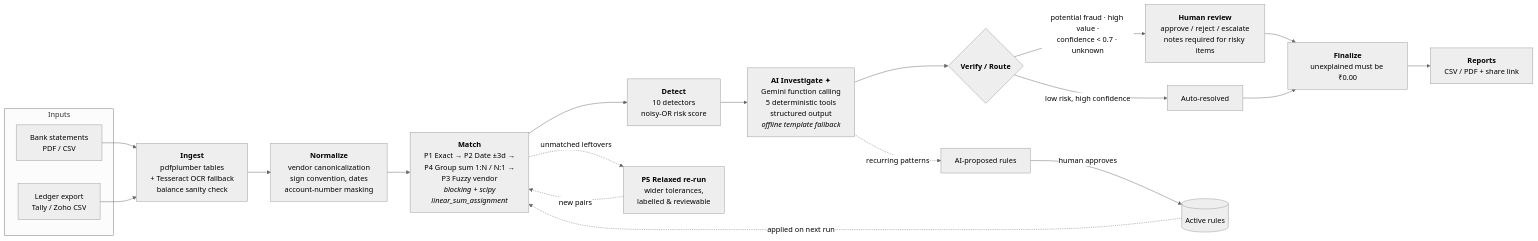
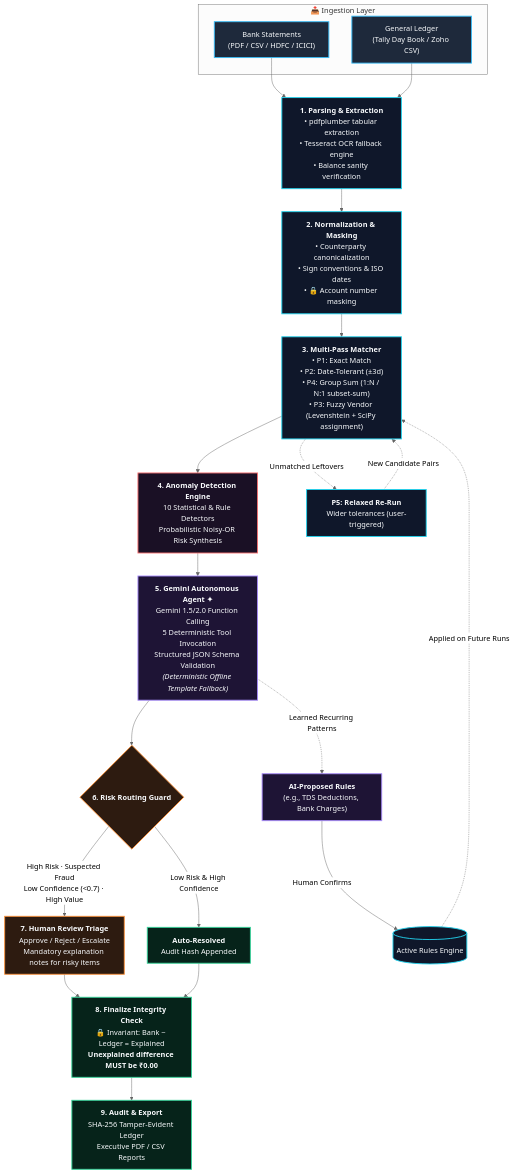
One commit to blank-0007/CodeFiesta-GIT-hackathon changed the diagram in README.md. Above: the diagram before and after it, drawn with Mermaid (neutral theme). The commit also changed other lines of this file and 1 other file, not shown here.

````diff
--- a/README.md
+++ b/README.md
@@ -22,25 +62,40 @@
 ```mermaid
-flowchart LR
-    subgraph IN[Inputs]
-      B[Bank statements<br/>PDF / CSV]
-      L[Ledger export<br/>Tally / Zoho CSV]
+flowchart TD
+    classDef inputStyle fill:#1e293b,stroke:#38bdf8,stroke-width:2px,color:#f8fafc;
+    classDef engineStyle fill:#0f172a,stroke:#22d3ee,stroke-width:2px,color:#f8fafc;
+    classDef detectStyle fill:#1a1025,stroke:#f87171,stroke-width:2px,color:#f8fafc;
+    classDef agentStyle fill:#1e1435,stroke:#a78bfa,stroke-width:2px,color:#f8fafc;
+    classDef humanStyle fill:#2d1b10,stroke:#fb923c,stroke-width:2px,color:#f8fafc;
+    classDef lockedStyle fill:#06231a,stroke:#34d399,stroke-width:2px,color:#f8fafc;
+
+    subgraph Inputs["📥 Ingestion Layer"]
+      B["Bank Statements<br/>(PDF / CSV / HDFC / ICICI)"]:::inputStyle
+      L["General Ledger<br/>(Tally Day Book / Zoho CSV)"]:::inputStyle
     end
 
-    B & L --> ING["<b>Ingest</b><br/>pdfplumber tables<br/>+ Tesseract OCR fallback<br/>balance sanity check"]
-    ING --> NORM["<b>Normalize</b><br/>vendor canonicalization<br/>sign convention, dates<br/>account-number masking"]
-    NORM --> MATCH["<b>Match</b><br/>P1 Exact → P2 Date ±3d →<br/>P4 Group sum 1:N / N:1 →<br/>P3 Fuzzy vendor<br/><i>blocking + scipy<br/>linear_sum_assignment</i>"]
-    MATCH --> DET["<b>Detect</b><br/>10 detectors<br/>noisy-OR risk score"]
-    DET --> AI["<b>AI Investigate</b> ✦<br/>Gemini function calling<br/>5 deterministic tools<br/>structured output<br/><i>offline template fallback</i>"]
-    AI --> VER{"<b>Verify / Route</b>"}
-    VER -- "potential fraud · high value ·<br/>confidence &lt; 0.7 · unknown" --> HR["<b>Human review</b><br/>approve / reject / escalate<br/>notes required for risky items"]
-    VER -- "low risk, high confidence" --> AUTO[Auto-resolved]
-    HR & AUTO --> FIN["<b>Finalize</b><br/>unexplained must be ₹0.00"]
-    FIN --> REP["<b>Reports</b><br/>CSV / PDF + share link"]
+    B & L --> ING["<b>1. Parsing & Extraction</b><br/>• pdfplumber tabular extraction<br/>• Tesseract OCR fallback engine<br/>• Balance sanity verification"]:::engineStyle
 
-    MATCH -. "unmatched leftovers" .-> RR["<b>P5 Relaxed re-run</b><br/>wider tolerances,<br/>labelled & reviewable"]
-    RR -. "new pairs" .-> MATCH
+    ING --> NORM["<b>2. Normalization & Masking</b><br/>• Counterparty canonicalization<br/>• Sign conventions & ISO dates<br/>• 🔒 Account number masking"]:::engineStyle
 
-    AI -. "recurring patterns" .-> PR["AI-proposed rules"]
-    PR -- "human approves" --> RULES[(Active rules)]
-    RULES -. "applied on next run" .-> MATCH
+    NORM --> MATCH["<b>3. Multi-Pass Matcher</b><br/>• P1: Exact Match<br/>• P2: Date-Tolerant (±3d)<br/>• P4: Group Sum (1:N / N:1 subset-sum)<br/>• P3: Fuzzy Vendor (Levenshtein + SciPy assignment)"]:::engineStyle
+
+    MATCH --> DET["<b>4. Anomaly Detection Engine</b><br/>10 Statistical & Rule Detectors<br/>Probabilistic Noisy-OR Risk Synthesis"]:::detectStyle
+
+    DET --> AI["<b>5. Gemini Autonomous Agent ✦</b><br/>Gemini 1.5/2.0 Function Calling<br/>5 Deterministic Tool Invocation<br/>Structured JSON Schema Validation<br/><i>(Deterministic Offline Template Fallback)</i>"]:::agentStyle
+
+    AI --> VER{"<b>6. Risk Routing Guard</b>"}:::humanStyle
+
+    VER -- "High Risk · Suspected Fraud<br/>Low Confidence (<0.7) · High Value" --> HR["<b>7. Human Review Triage</b><br/>Approve / Reject / Escalate<br/>Mandatory explanation notes for risky items"]:::humanStyle
+    VER -- "Low Risk & High Confidence" --> AUTO["<b>Auto-Resolved</b><br/>Audit Hash Appended"]:::lockedStyle
+
+    HR & AUTO --> FIN["<b>8. Finalize Integrity Check</b><br/>🔒 Invariant: Bank − Ledger = Explained<br/><b>Unexplained difference MUST be ₹0.00</b>"]:::lockedStyle
+
+    FIN --> REP["<b>9. Audit & Export</b><br/>SHA-256 Tamper-Evident Ledger<br/>Executive PDF / CSV Reports"]:::lockedStyle
+
+    MATCH -. "Unmatched Leftovers" .-> RR["<b>P5: Relaxed Re-Run</b><br/>Wider tolerances (user-triggered)"]:::engineStyle
+    RR -. "New Candidate Pairs" .-> MATCH
+
+    AI -. "Learned Recurring Patterns" .-> PR["<b>AI-Proposed Rules</b><br/>(e.g., TDS Deductions, Bank Charges)"]:::agentStyle
+    PR -- "Human Confirms" --> RULES[("Active Rules Engine")]:::engineStyle
+    RULES -. "Applied on Future Runs" .-> MATCH
 ```
````
